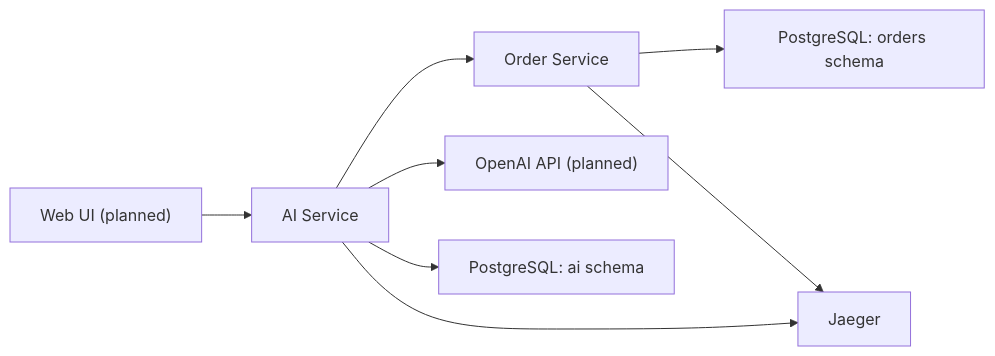
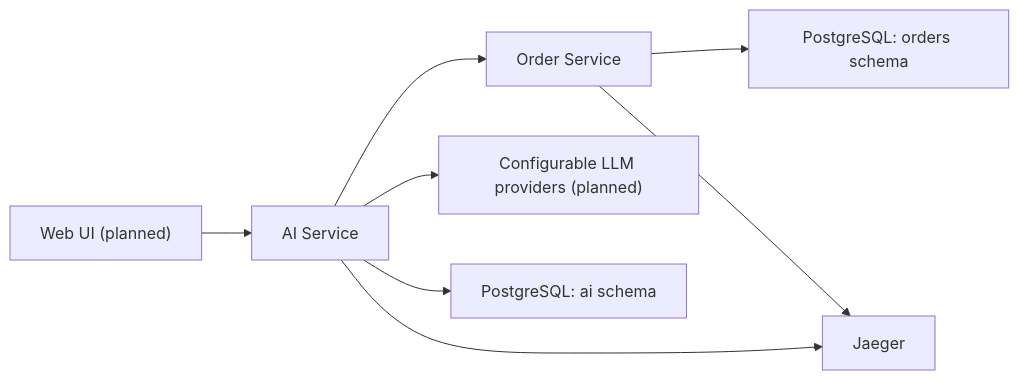
The diagram in README.md (Kamatari-rin/ai-assistant), drawn with Mermaid before and after one commit. The commit also changed other lines of this file and 3 other files, not shown here.

````diff
--- a/README.md
+++ b/README.md
@@ -48,10 +50,10 @@
 ```mermaid
 flowchart LR
     UI["Web UI (planned)"] --> AI["AI Service"]
     AI --> OS["Order Service"]
-    AI --> LLM["OpenAI API (planned)"]
+    AI --> LLM["Configurable LLM providers (planned)"]
     AI --> AIDB["PostgreSQL: ai schema"]
     OS --> ODB["PostgreSQL: orders schema"]
     AI --> J["Jaeger"]
     OS --> J
 ```
````
